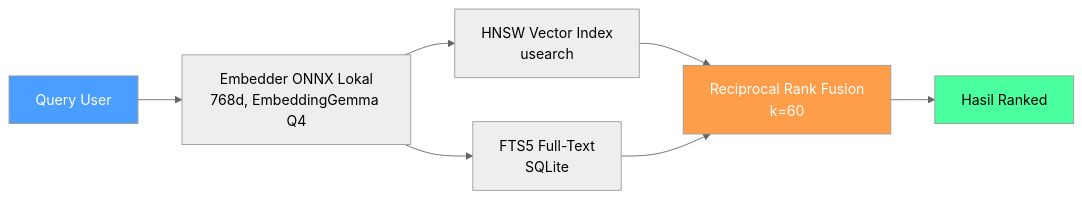
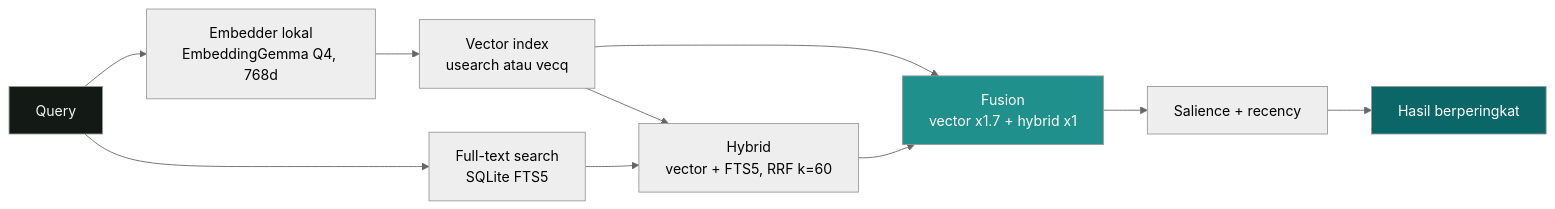
One commit to codecoradev/uteke changed the diagram in README.id.md. Above: the diagram before and after it, drawn with Mermaid (neutral theme). The commit also changed other lines of this file and 159 other files, not shown here.

````diff
--- a/README.id.md
+++ b/README.id.md
@@ -264,13 +215,16 @@
 ```mermaid
 graph LR
-    Input[Query User] --> Embed[Embedder ONNX Lokal<br/>768d, EmbeddingGemma Q4]
-    Embed --> HNSW[HNSW Vector Index<br/>usearch]
-    Embed --> FTS5[FTS5 Full-Text<br/>SQLite]
-    HNSW --> RRF[Reciprocal Rank Fusion<br/>k=60]
-    FTS5 --> RRF
-    RRF --> Results[Hasil Ranked]
+    Input[Query] --> Embed[Embedder lokal<br/>EmbeddingGemma Q4, 768d]
+    Input --> FTS5[Full-text search<br/>SQLite FTS5]
+    Embed --> Vec[Vector index<br/>usearch atau vecq]
+    Vec --> Hybrid[Hybrid<br/>vector + FTS5, RRF k=60]
+    FTS5 --> Hybrid
+    Vec --> Fusion[Fusion<br/>vector x1.7 + hybrid x1]
+    Hybrid --> Fusion
+    Fusion --> Boost[Salience + recency]
+    Boost --> Results[Hasil berperingkat]
 
-    style Input fill:#4a9eff,color:#fff
-    style Results fill:#4aff9e,color:#000
-    style RRF fill:#ff9e4a,color:#fff
+    style Input fill:#131A15,color:#F3F8F4
+    style Fusion fill:#1F908C,color:#fff
+    style Results fill:#0B6667,color:#fff
 ```
````
